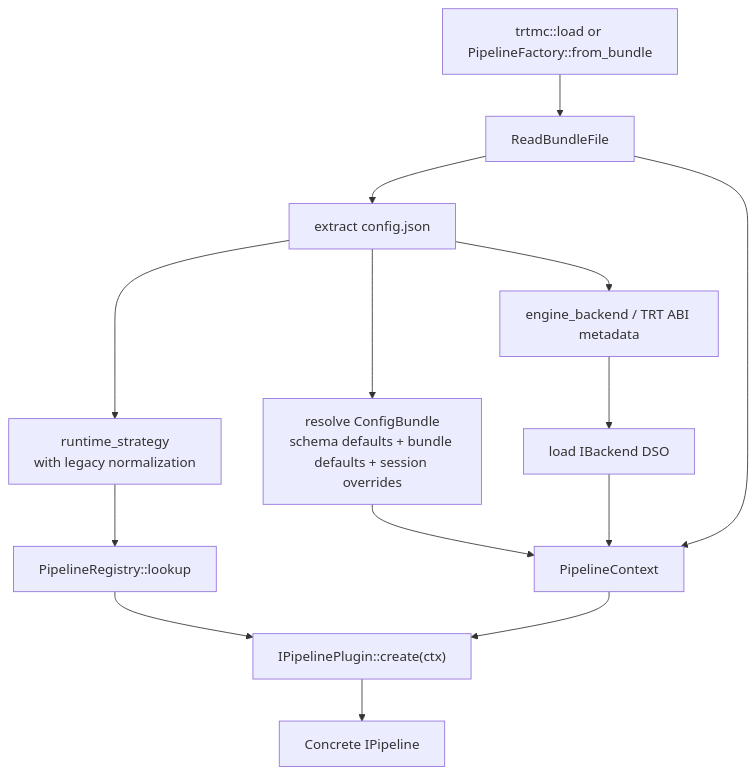
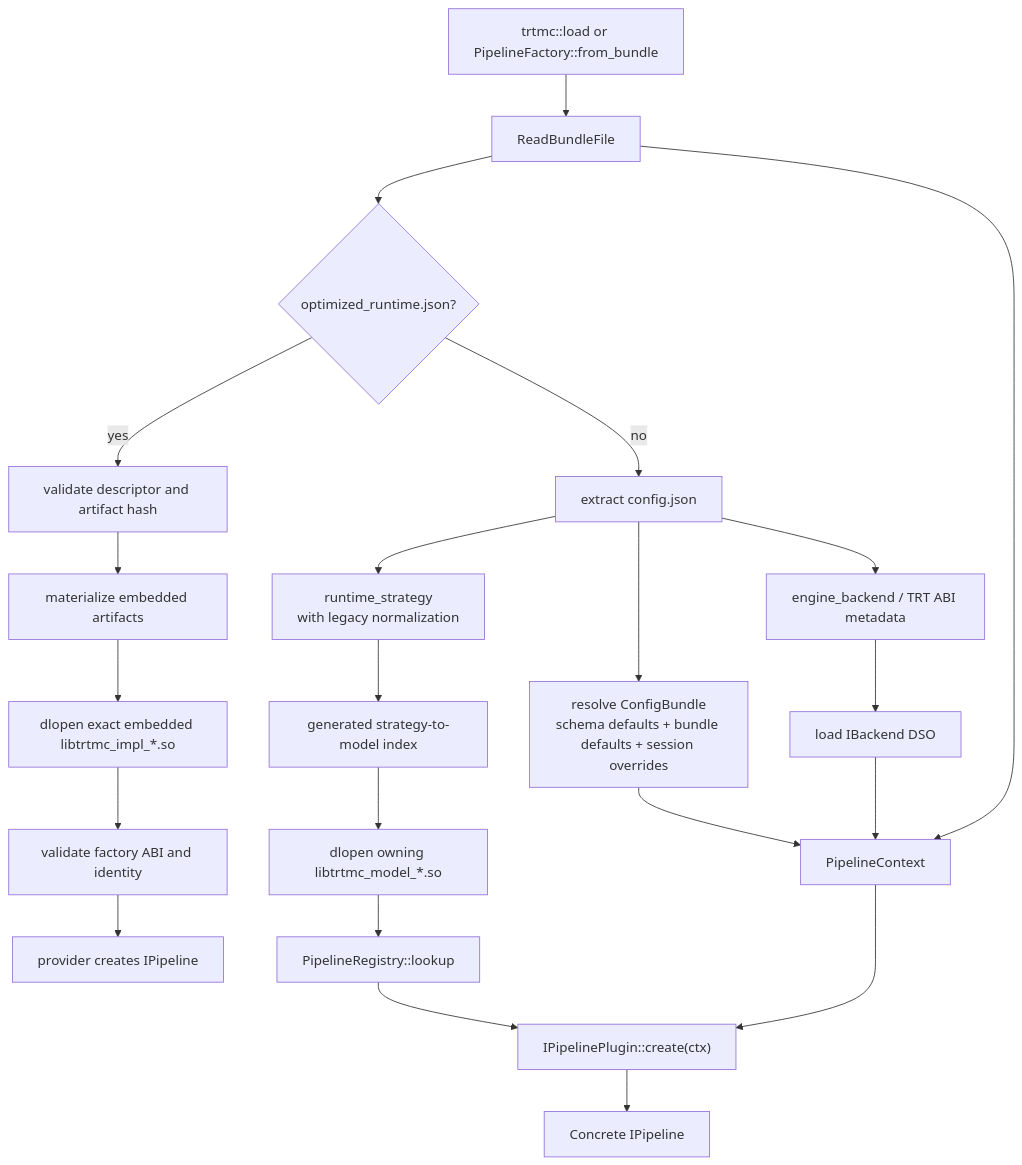
The fifth of 6 diagrams in website/docs/architecture/overview.md (AbishekCoder1/TensorRT-Model-Connect), drawn with Mermaid before and after one commit. The commit also changed other lines of this file and 83 other files, not shown here.

````diff
--- a/website/docs/architecture/overview.md
+++ b/website/docs/architecture/overview.md
@@ -181,16 +264,24 @@
 ```mermaid
 flowchart TD
   Load["trtmc::load or PipelineFactory::from_bundle"] --> Read["ReadBundleFile"]
-  Read --> Config["extract config.json"]
+  Read --> Kind{"optimized_runtime.json?"}
+  Kind -->|yes| Descriptor["validate descriptor and artifact hash"]
+  Descriptor --> Materialize["materialize embedded artifacts"]
+  Materialize --> ProviderDSO["dlopen exact embedded libtrtmc_impl_*.so"]
+  ProviderDSO --> ProviderFactory["validate factory ABI and identity"]
+  ProviderFactory --> ProviderPipeline["provider creates IPipeline"]
+  Kind -->|no| Config["extract config.json"]
   Config --> Strategy["runtime_strategy<br/>with legacy normalization"]
+  Strategy --> Owner["generated strategy-to-model index"]
+  Owner --> ModelDSO["dlopen owning libtrtmc_model_*.so"]
+  ModelDSO --> Lookup["PipelineRegistry::lookup"]
   Config --> RuntimeConfig["resolve ConfigBundle<br/>schema defaults + bundle defaults + session overrides"]
   Config --> BackendName["engine_backend / TRT ABI metadata"]
   BackendName --> Backend["load IBackend DSO"]
-  Strategy --> Lookup["PipelineRegistry::lookup"]
   Lookup --> Plugin["IPipelinePlugin::create(ctx)"]
   RuntimeConfig --> Context["PipelineContext"]
   Backend --> Context
   Read --> Context
   Context --> Plugin
   Plugin --> Pipeline["Concrete IPipeline"]
 ```
````
